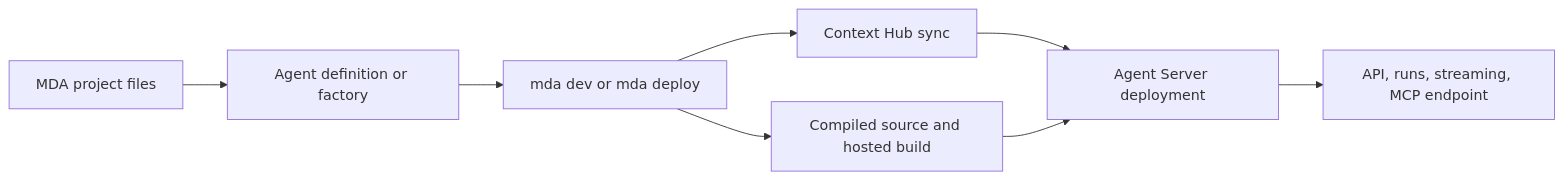
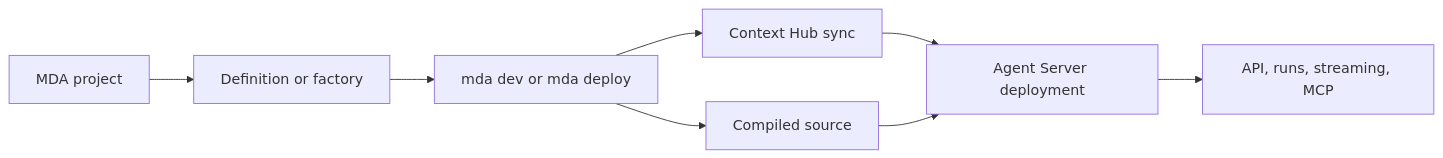
One commit to langchain-ai/docs changed the third of 4 diagrams in openwiki/workflows/langsmith-agent-documentation.md. Above: the diagram before and after it, drawn with Mermaid. The commit also changed other lines of this file and 26 other files, not shown here.

````diff
--- a/openwiki/workflows/langsmith-agent-documentation.md
+++ b/openwiki/workflows/langsmith-agent-documentation.md
@@ -193,10 +151,10 @@
 ```mermaid
 flowchart LR
-  Project["MDA project files"] --> Definition["Agent definition or factory"]
+  Project["MDA project"] --> Definition["Definition or factory"]
   Definition --> CLI["mda dev or mda deploy"]
   CLI --> Context["Context Hub sync"]
-  CLI --> Build["Compiled source and hosted build"]
+  CLI --> Build["Compiled source"]
   Context --> Deployment["Agent Server deployment"]
   Build --> Deployment
-  Deployment --> Interfaces["API, runs, streaming, MCP endpoint"]
+  Deployment --> Interfaces["API, runs, streaming, MCP"]
 ```
````
